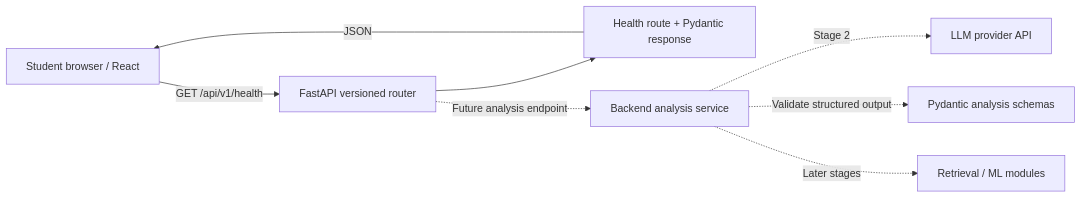
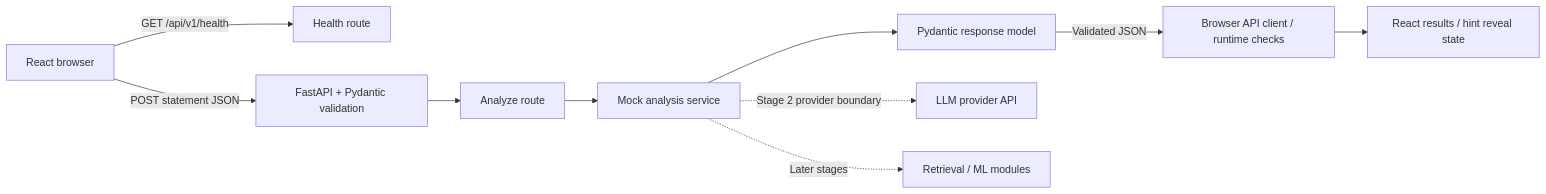
Before and after one commit to honey-cake7/AlgoLens: the diagram in docs/ARCHITECTURE.md, drawn with Mermaid. The commit also changed other lines of this file and 28 other files, not shown here.

````diff
--- a/docs/ARCHITECTURE.md
+++ b/docs/ARCHITECTURE.md
@@ -5,10 +5,12 @@
 ```mermaid
 flowchart LR
-    U[Student browser / React] -->|GET /api/v1/health| A[FastAPI versioned router]
-    A --> H[Health route + Pydantic response]
-    H -->|JSON| U
-    A -. Future analysis endpoint .-> S[Backend analysis service]
-    S -. Stage 2 .-> L[LLM provider API]
-    S -. Validate structured output .-> P[Pydantic analysis schemas]
+    U[React browser] -->|GET /api/v1/health| H[Health route]
+    U -->|POST statement JSON| V[FastAPI + Pydantic validation]
+    V --> A[Analyze route]
+    A --> S[Mock analysis service]
+    S --> P[Pydantic response model]
+    P -->|Validated JSON| C[Browser API client / runtime checks]
+    C --> R[React results / hint reveal state]
+    S -. Stage 2 provider boundary .-> L[LLM provider API]
     S -. Later stages .-> M[Retrieval / ML modules]
 ```
````
